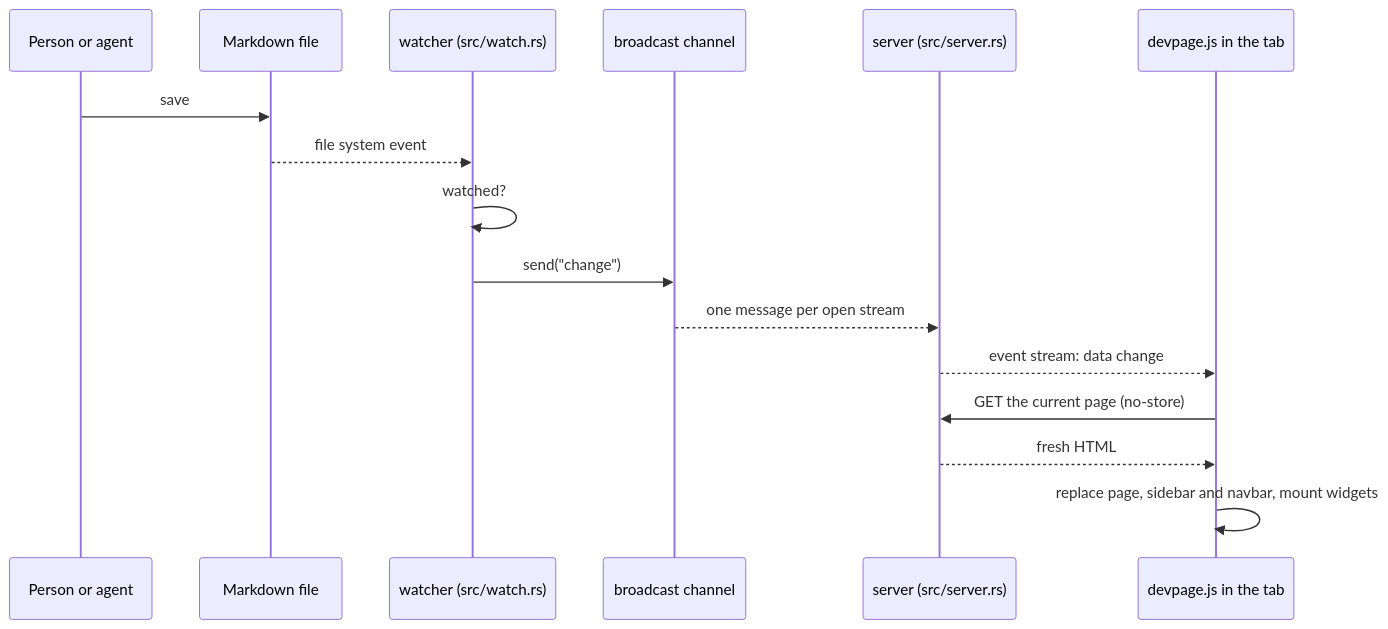
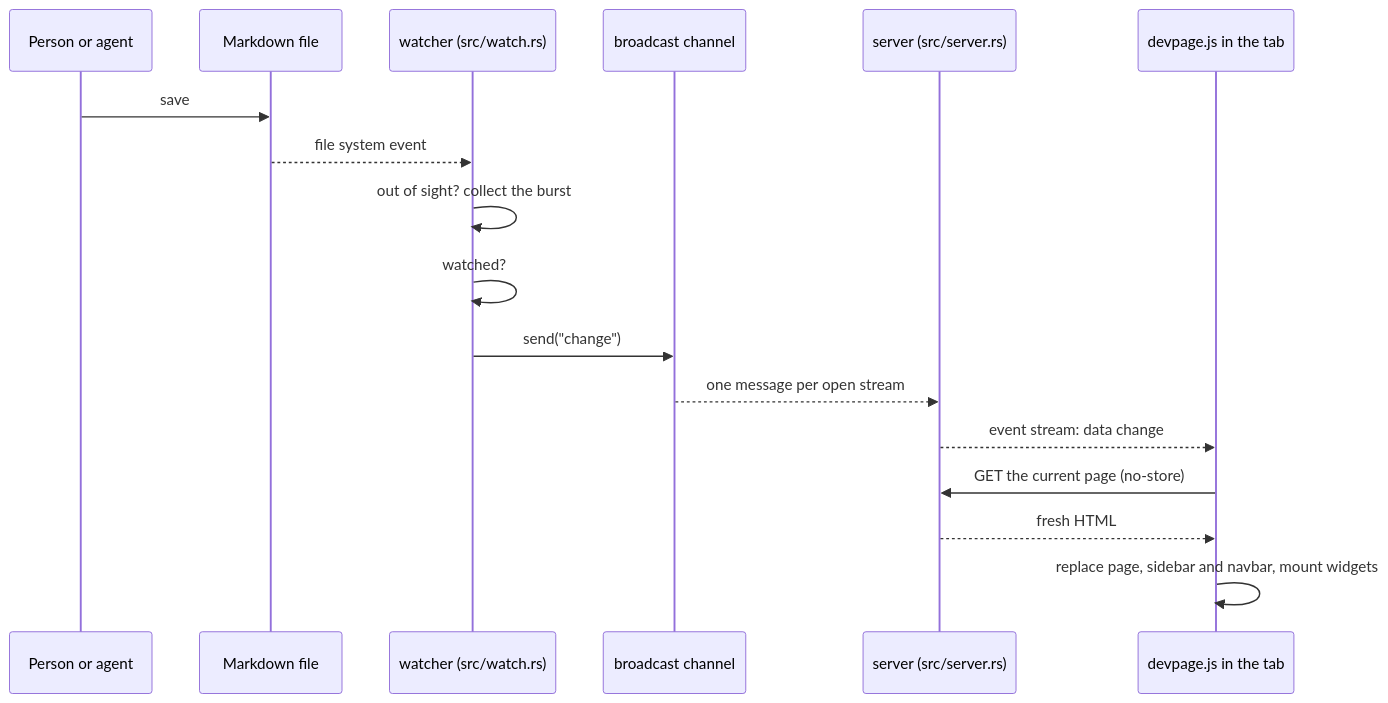
Before and after one commit to andrei512/devpage: the first of 2 diagrams in docs/boxes/viewer/live-updates/README.md, drawn with Mermaid. The commit also changed other lines of this file and 4 other files, not shown here.

````diff
--- a/docs/boxes/viewer/live-updates/README.md
+++ b/docs/boxes/viewer/live-updates/README.md
@@ -13,18 +13,19 @@
 ```mermaid
 sequenceDiagram
   participant Editor as Person or agent
   participant Disk as Markdown file
   participant Watcher as watcher (src/watch.rs)
   participant Channel as broadcast channel
   participant Server as server (src/server.rs)
   participant Page as devpage.js in the tab
   Editor->>Disk: save
   Disk-->>Watcher: file system event
+  Watcher->>Watcher: out of sight? collect the burst
   Watcher->>Watcher: watched?
   Watcher->>Channel: send("change")
   Channel-->>Server: one message per open stream
   Server-->>Page: event stream: data change
   Page->>Server: GET the current page (no-store)
   Server-->>Page: fresh HTML
   Page->>Page: replace page, sidebar and navbar, mount widgets
 ```
````
